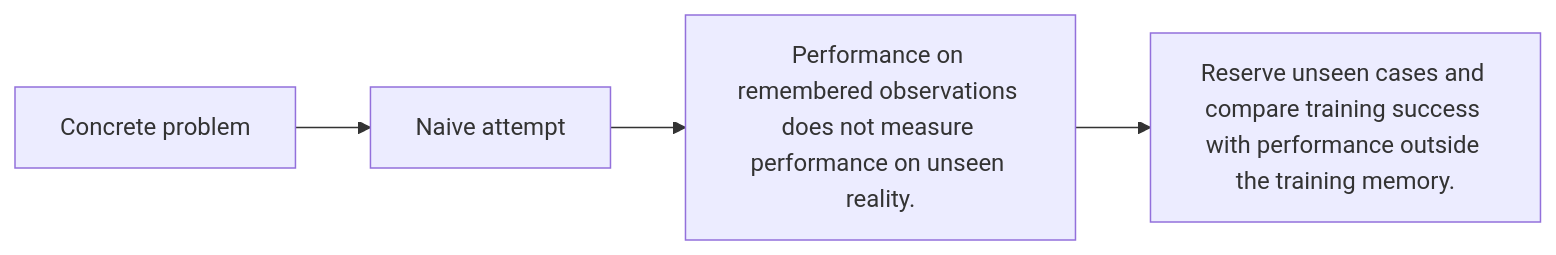
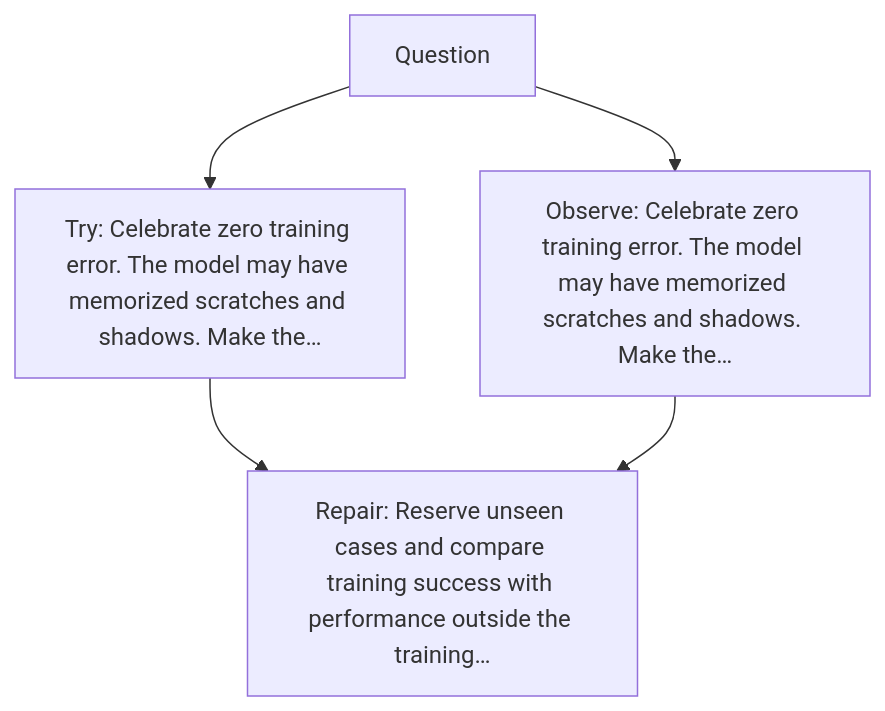
The diagram in excavations/031-overfitting/diagram.md (kleem-labs/AI-Archaeology), drawn with Mermaid before and after one commit. The commit also changed other lines of this file and 288 other files, not shown here.

````diff
--- a/excavations/031-overfitting/diagram.md
+++ b/excavations/031-overfitting/diagram.md
@@ -3,4 +5,7 @@
-~~~mermaid
-flowchart LR
- A["Concrete problem"] --> B["Naive attempt"] --> C["Performance on remembered observations does not measure performance on unseen reality."] --> D["Reserve unseen cases and compare training success with performance outside the training memory."]
-~~~
+```mermaid
+flowchart TD
+    A["Question"] --> B["Try: Celebrate zero training error. The model may have memorized scratches and shadows. Make the…"]
+    A --> C["Observe: Celebrate zero training error. The model may have memorized scratches and shadows. Make the…"]
+    B --> D["Repair: Reserve unseen cases and compare training success with performance outside the training…"]
+    C --> D
+```
````
